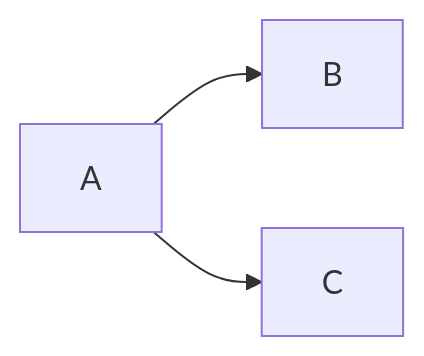
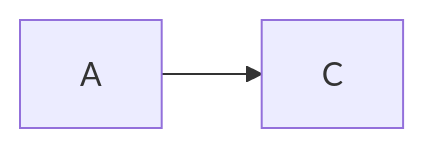
One commit to rako/rako-zenn-public changed the second of 3 diagrams in articles/c8d23b62784766.md. Above: the diagram before and after it, drawn with Mermaid. The commit also changed other lines of this file, not shown here.

````diff
--- a/articles/c8d23b62784766.md
+++ b/articles/c8d23b62784766.md
@@ -33,4 +33,4 @@
 ```mermaid
 graph LR
-    A --> B & C
+    A --> C
 ```
````
